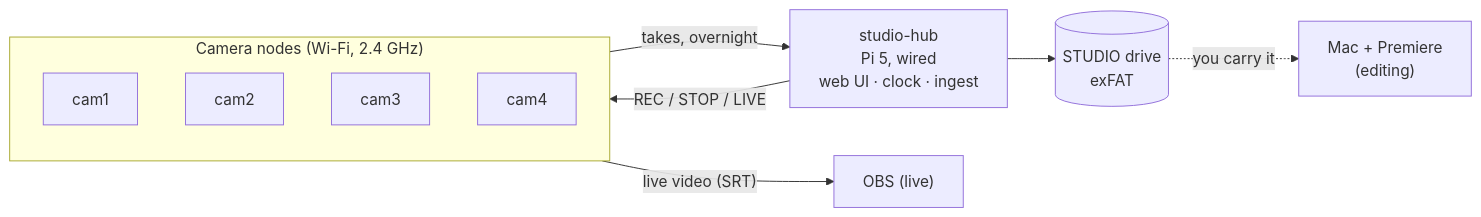
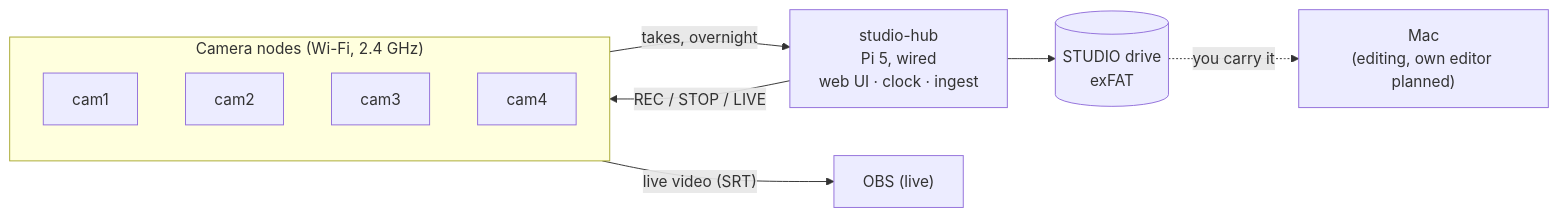
The diagram in README.md (manneohrstrom/audio-video-broadcaster), drawn with Mermaid before and after one commit. The commit also changed other lines of this file and 4 other files, not shown here.

First line of the commit message:
Editing moves from Premiere to our own AI-assisted editor (user direction)

````diff
--- a/README.md
+++ b/README.md
@@ -9,19 +9,19 @@
 ```mermaid
 flowchart LR
     subgraph Cameras["Camera nodes (Wi-Fi, 2.4 GHz)"]
         C1[cam1]
         C2[cam2]
         C3[cam3]
         C4[cam4]
     end
     Hub["studio-hub<br/>Pi 5, wired<br/>web UI · clock · ingest"]
     Drive[("STUDIO drive<br/>exFAT")]
     OBS["OBS (live)"]
-    Mac["Mac + Premiere<br/>(editing)"]
+    Mac["Mac<br/>(editing, own editor planned)"]
 
     Hub -- "REC / STOP / LIVE" --> Cameras
     Cameras -- "takes, overnight" --> Hub
     Hub --> Drive
     Drive -. "you carry it" .-> Mac
     Cameras -- "live video (SRT)" --> OBS
 ```
````
